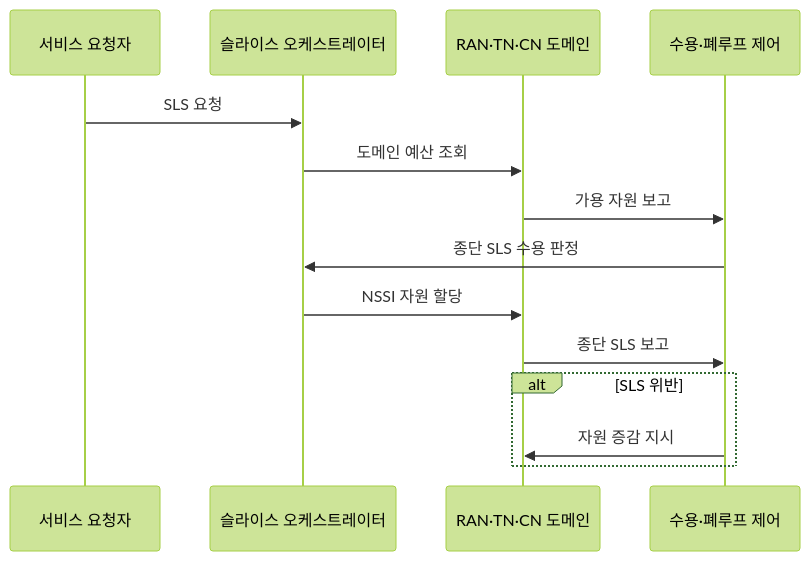
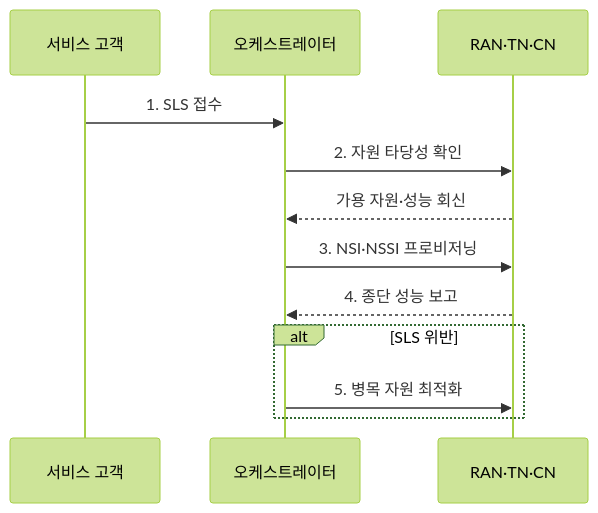
The second of 2 diagrams in src/content/docs/notes/04-network/076_network_slice_resource_management.md (agnusdei1207/knowledge-base), drawn with Mermaid (forest theme) before and after one commit. The commit also changed other lines of this file and 11 other files, not shown here.

````diff
--- a/src/content/docs/notes/04-network/076_network_slice_resource_management.md
+++ b/src/content/docs/notes/04-network/076_network_slice_resource_management.md
@@ -95,16 +82,14 @@
 ```mermaid
 sequenceDiagram
-    participant U as 서비스 요청자
-    participant O as 슬라이스 오케스트레이터
-    participant D as RAN·TN·CN 도메인
-    participant C as 수용·폐루프 제어
-    U->>O: SLS 요청
-    O->>D: 도메인 예산 조회
-    D->>C: 가용 자원 보고
-    C->>O: 종단 SLS 수용 판정
-    O->>D: NSSI 자원 할당
-    D->>C: 종단 SLS 보고
+    participant C as 서비스 고객
+    participant O as 오케스트레이터
+    participant D as RAN·TN·CN
+    C->>O: 1. SLS 접수
+    O->>D: 2. 자원 타당성 확인
+    D-->>O: 가용 자원·성능 회신
+    O->>D: 3. NSI·NSSI 프로비저닝
+    D-->>O: 4. 종단 성능 보고
     alt SLS 위반
-        C->>D: 자원 증감 지시
+        O->>D: 5. 병목 자원 최적화
     end
 ```
````
